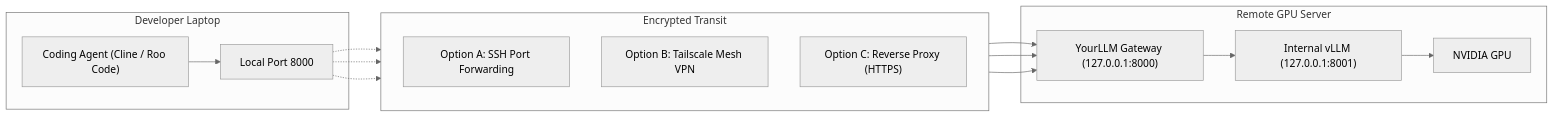
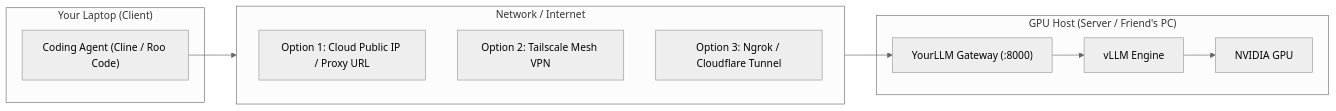
The diagram in README.md (sanjaysivaramakrishnan/YourLLM), drawn with Mermaid (neutral theme) before and after one commit. The commit also changed other lines of this file, not shown here.

Commit message:
docs: add remote cloud server and cross-network connection guide

````diff
--- a/README.md
+++ b/README.md
@@ -127,25 +127,21 @@
 ```mermaid
 flowchart LR
-    subgraph ClientMachine ["Developer Laptop"]
-        Agent["Coding Agent (Cline / Roo Code)"]
-        LocalTunnel["Local Port 8000"]
+    subgraph ClientLaptop ["Your Laptop (Client)"]
+        Cline["Coding Agent (Cline / Roo Code)"]
     end
 
-    subgraph SecureTransit ["Encrypted Transit"]
-        direction TB
-        SSH["Option A: SSH Port Forwarding"]
-        VPN["Option B: Tailscale Mesh VPN"]
-        TLS["Option C: Reverse Proxy (HTTPS)"]
+    subgraph Transit ["Network / Internet"]
+        Direct["Option 1: Cloud Public IP / Proxy URL"]
+        VPN["Option 2: Tailscale Mesh VPN"]
+        Tunnel["Option 3: Ngrok / Cloudflare Tunnel"]
     end
 
-    subgraph GPUServer ["Remote GPU Server"]
-        YourLLM["YourLLM Gateway (127.0.0.1:8000)"]
-        vLLM["Internal vLLM (127.0.0.1:8001)"]
+    subgraph RemoteCompute ["GPU Host (Server / Friend's PC)"]
+        Gateway["YourLLM Gateway (:8000)"]
+        vLLM["vLLM Engine"]
         GPU["NVIDIA GPU"]
     end
 
-    Agent --> LocalTunnel
-    LocalTunnel -.-> SSH & VPN & TLS
-    SSH & VPN & TLS --> YourLLM
-    YourLLM --> vLLM --> GPU
+    Cline --> Transit
+    Transit --> Gateway --> vLLM --> GPU
 ```
````
